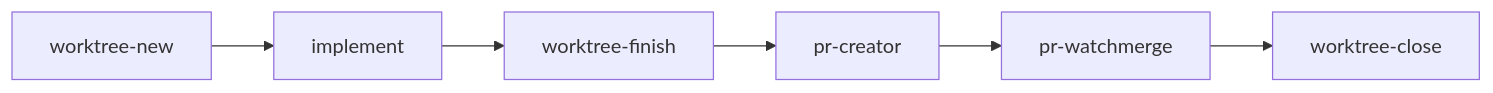
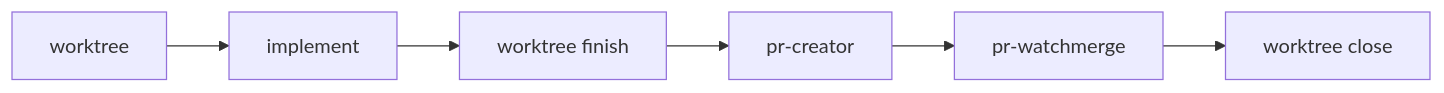
One commit to FAZuH/agent changed diagram 12 of 14 in docs/skill-guide.md. Above: the diagram before and after it, drawn with Mermaid. The commit also changed other lines of this file and 1 other file, not shown here.

````diff
--- a/docs/skill-guide.md
+++ b/docs/skill-guide.md
@@ -274,8 +270,8 @@
 ```mermaid
 flowchart LR
-  W[worktree-new] --> I[implement]
-  I --> F[worktree-finish]
+  W[worktree] --> I[implement]
+  I --> F[worktree finish]
   F --> P[pr-creator]
   P --> M[pr-watchmerge]
-  M --> C[worktree-close]
+  M --> C[worktree close]
 ```
````
